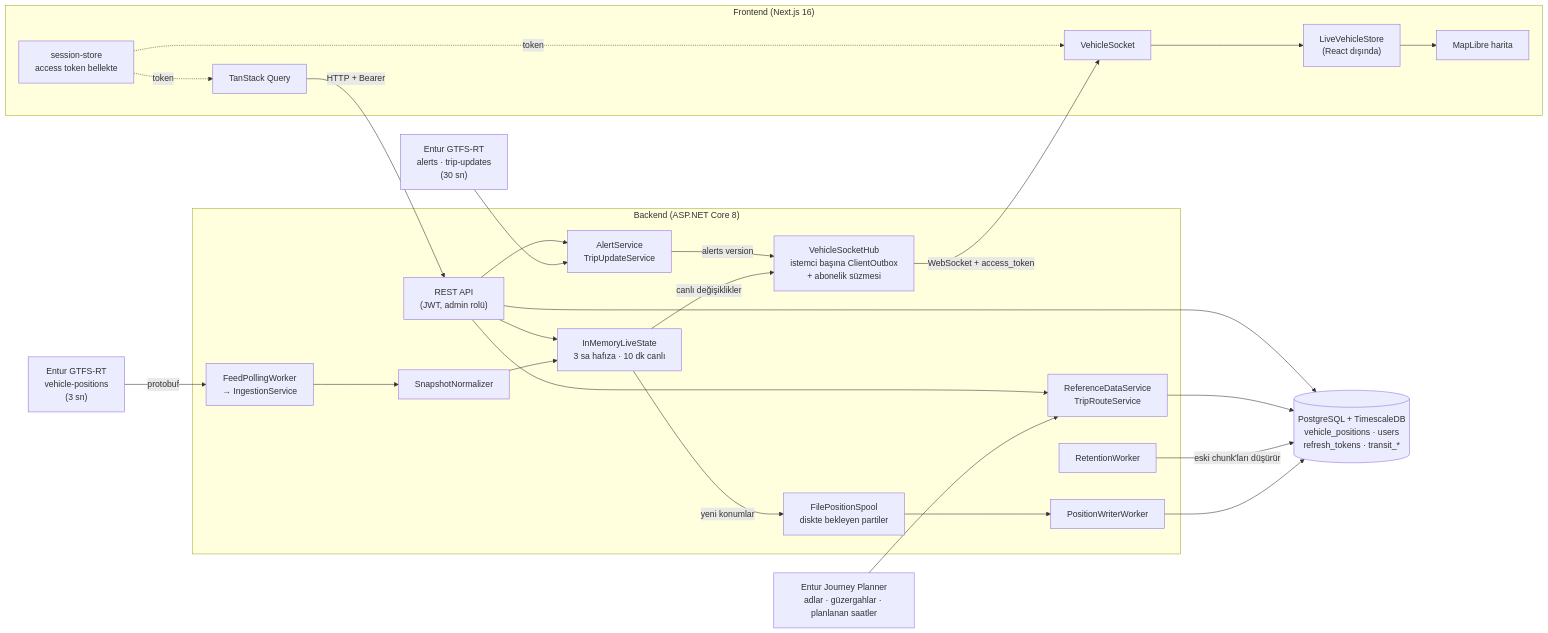
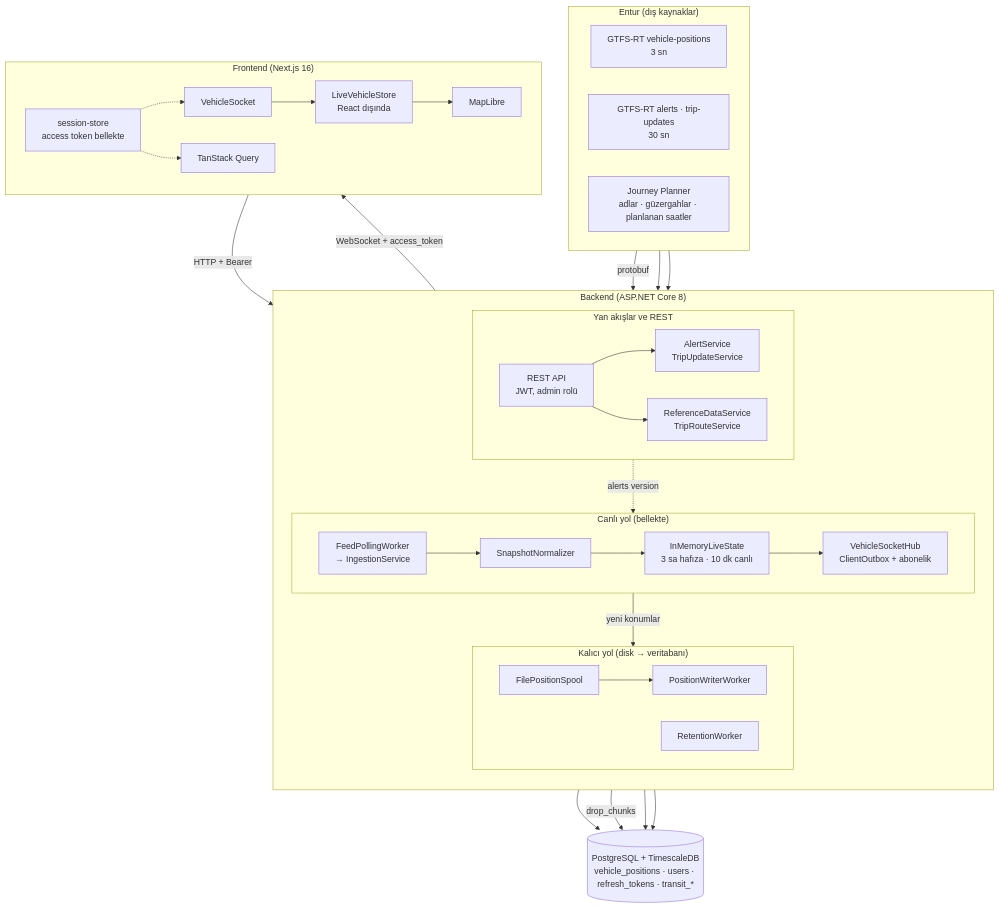
Before and after one commit to blisahn/piton-live-vehicle-tracking: the first of 10 diagrams in docs/architecture.md, drawn with Mermaid.

Commit message:
docs: lay the architecture overview out top-down
The left-to-right flowchart was too wide to read on GitHub; it is now grouped top-down into the live path, the persistent path and the side feeds.

````diff
--- a/docs/architecture.md
+++ b/docs/architecture.md
@@ -13,41 +13,53 @@
 ```mermaid
-flowchart LR
-    EnturVP["Entur GTFS-RT<br/>vehicle-positions<br/>(3 sn)"]
-    EnturX["Entur GTFS-RT<br/>alerts · trip-updates<br/>(30 sn)"]
-    JP["Entur Journey Planner<br/>adlar · güzergahlar · planlanan saatler"]
+flowchart TB
+    subgraph Entur["Entur (dış kaynaklar)"]
+        direction LR
+        EnturVP["GTFS-RT vehicle-positions<br/>3 sn"]
+        EnturX["GTFS-RT alerts · trip-updates<br/>30 sn"]
+        JP["Journey Planner<br/>adlar · güzergahlar · planlanan saatler"]
+    end
 
     subgraph Backend["Backend (ASP.NET Core 8)"]
-        Poll["FeedPollingWorker<br/>→ IngestionService"]
-        Norm["SnapshotNormalizer"]
-        Live["InMemoryLiveState<br/>3 sa hafıza · 10 dk canlı"]
-        Spool["FilePositionSpool<br/>diskte bekleyen partiler"]
-        Writer["PositionWriterWorker"]
-        Ret["RetentionWorker"]
-        Hub["VehicleSocketHub<br/>istemci başına ClientOutbox<br/>+ abonelik süzmesi"]
-        Side["AlertService<br/>TripUpdateService"]
-        Ref["ReferenceDataService<br/>TripRouteService"]
-        Rest["REST API<br/>(JWT, admin rolü)"]
+        direction TB
+        subgraph CanliYol["Canlı yol (bellekte)"]
+            direction LR
+            Poll["FeedPollingWorker<br/>→ IngestionService"] --> Norm["SnapshotNormalizer"] --> Live["InMemoryLiveState<br/>3 sa hafıza · 10 dk canlı"] --> Hub["VehicleSocketHub<br/>ClientOutbox + abonelik"]
+        end
+        subgraph KaliciYol["Kalıcı yol (disk → veritabanı)"]
+            direction LR
+            Spool["FilePositionSpool"] --> Writer["PositionWriterWorker"]
+            Ret["RetentionWorker"]
+        end
+        subgraph Yan["Yan akışlar ve REST"]
+            direction LR
+            Side["AlertService<br/>TripUpdateService"]
+            Ref["ReferenceDataService<br/>TripRouteService"]
+            Rest["REST API<br/>JWT, admin rolü"]
+        end
     end
 
-    DB[("PostgreSQL + TimescaleDB<br/>vehicle_positions · users<br/>refresh_tokens · transit_*")]
+    DB[("PostgreSQL + TimescaleDB<br/>vehicle_positions · users · refresh_tokens · transit_*")]
 
     subgraph Frontend["Frontend (Next.js 16)"]
-        Sock["VehicleSocket"]
-        Store["LiveVehicleStore<br/>(React dışında)"]
-        Map["MapLibre harita"]
+        direction LR
+        Session["session-store<br/>access token bellekte"]
+        Sock["VehicleSocket"] --> Store["LiveVehicleStore<br/>React dışında"] --> Map["MapLibre"]
         Query["TanStack Query"]
-        Session["session-store<br/>access token bellekte"]
     end
 
-    EnturVP -->|protobuf| Poll --> Norm --> Live
-    Live -->|yeni konumlar| Spool --> Writer --> DB
-    Live -->|"canlı değişiklikler"| Hub
-    Ret -->|eski chunk'ları düşürür| DB
+    EnturVP -->|protobuf| Poll
+    Live -->|yeni konumlar| Spool
+    Writer --> DB
+    Ret -->|drop_chunks| DB
     EnturX --> Side
-    Side -->|"alerts version"| Hub
-    JP --> Ref --> DB
-    Rest --> Live & Side & Ref & DB
-    Hub -->|"WebSocket + access_token"| Sock --> Store --> Map
+    Side -. "alerts version" .-> Hub
+    JP --> Ref
+    Ref --> DB
+    Rest --> Side
+    Rest --> Ref
+    Rest --> DB
+    Hub -->|"WebSocket + access_token"| Sock
     Query -->|"HTTP + Bearer"| Rest
-    Session -.token.-> Sock & Query
+    Session -.-> Sock
+    Session -.-> Query
 ```
````
